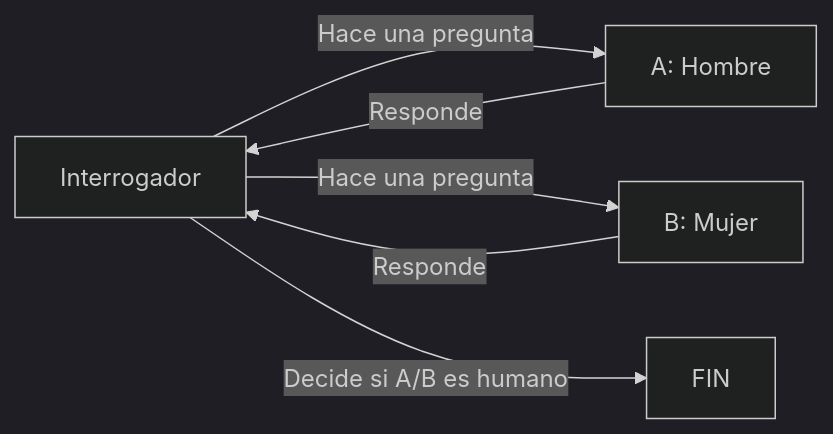
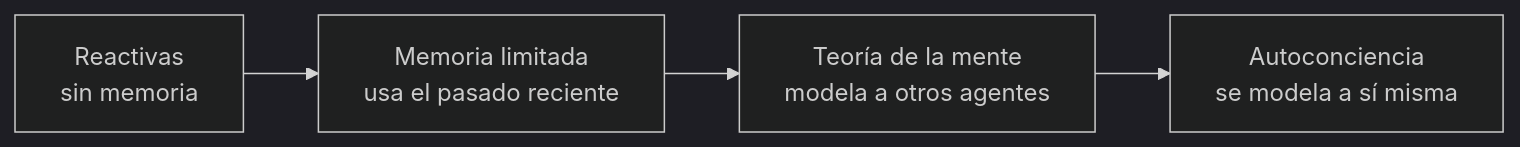
The second of 5 diagrams in docs/UD01/UD01_ES.md (martinezpenya/ModelosIA), drawn with Mermaid (dark theme) before and after one commit. The commit also changed other lines of this file and 30 other files, not shown here.

````diff
--- a/docs/UD01/UD01_ES.md
+++ b/docs/UD01/UD01_ES.md
@@ -45,12 +140,6 @@
 ```mermaid
 flowchart LR
-  C[Interrogador]
-  A[A: Hombre]
-  B[B: Mujer]
-  D[FIN]
-  C-- Hace una pregunta --> A
-  A-- Responde --> C
-  C-- Hace una pregunta --> B
-  B-- Responde --> C
-  C-- Decide si A/B es humano --> D
+    A[Reactivas<br/>sin memoria] --> B[Memoria limitada<br/>usa el pasado reciente]
+    B --> C[Teoría de la mente<br/>modela a otros agentes]
+    C --> D[Autoconciencia<br/>se modela a sí misma]
 ```
````
